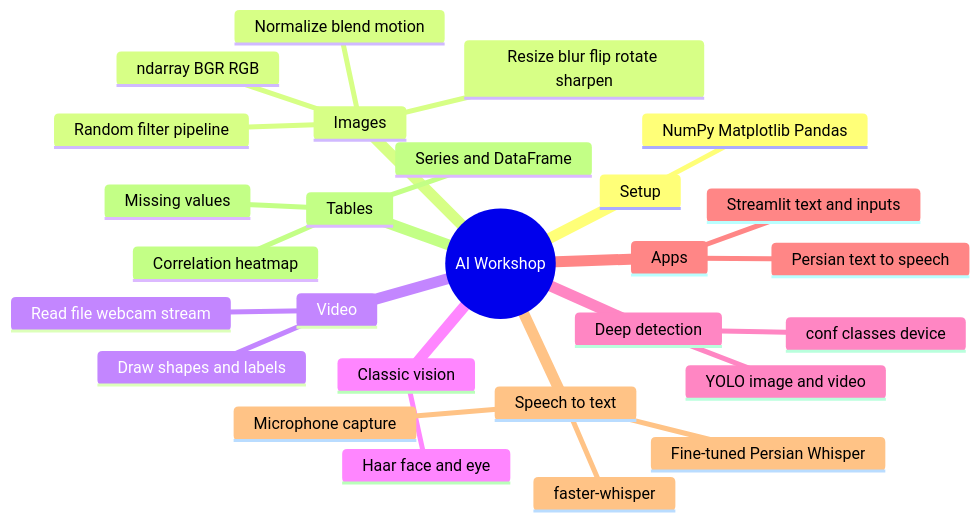
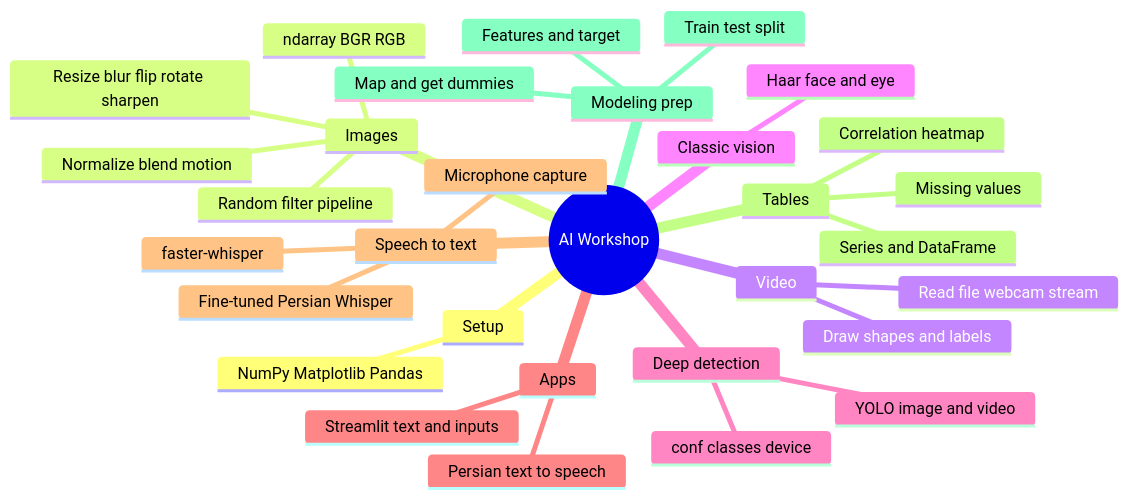
Before and after one commit to MohammadrezaTaghipour/ai-training-workshop: the diagram in sessions/MINDMAP.md, drawn with Mermaid. The commit also changed other lines of this file and 8 other files, not shown here.

First line of the commit message:
Add the session 10 lesson on features, target, and train/test split.

````diff
--- a/sessions/MINDMAP.md
+++ b/sessions/MINDMAP.md
@@ -15,30 +15,34 @@
 ```mermaid
 mindmap
   root((AI Workshop))
     Setup
       NumPy Matplotlib Pandas
     Images
       ndarray BGR RGB
       Normalize blend motion
       Resize blur flip rotate sharpen
       Random filter pipeline
     Video
       Read file webcam stream
       Draw shapes and labels
     Classic vision
       Haar face and eye
     Deep detection
       YOLO image and video
       conf classes device
     Apps
       Streamlit text and inputs
       Persian text to speech
     Speech to text
       faster-whisper
       Fine-tuned Persian Whisper
       Microphone capture
     Tables
       Series and DataFrame
       Missing values
       Correlation heatmap
+    Modeling prep
+      Features and target
+      Train test split
+      Map and get dummies
 ```
````
